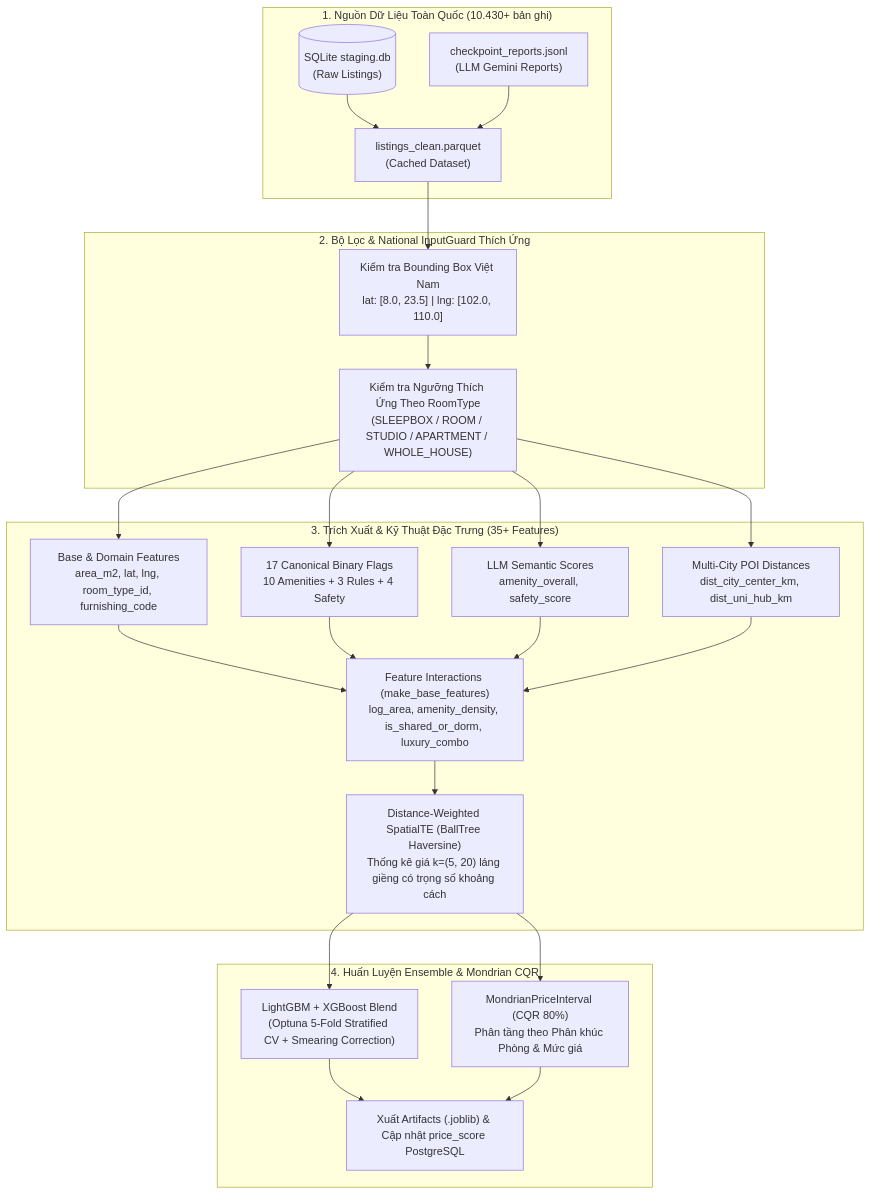
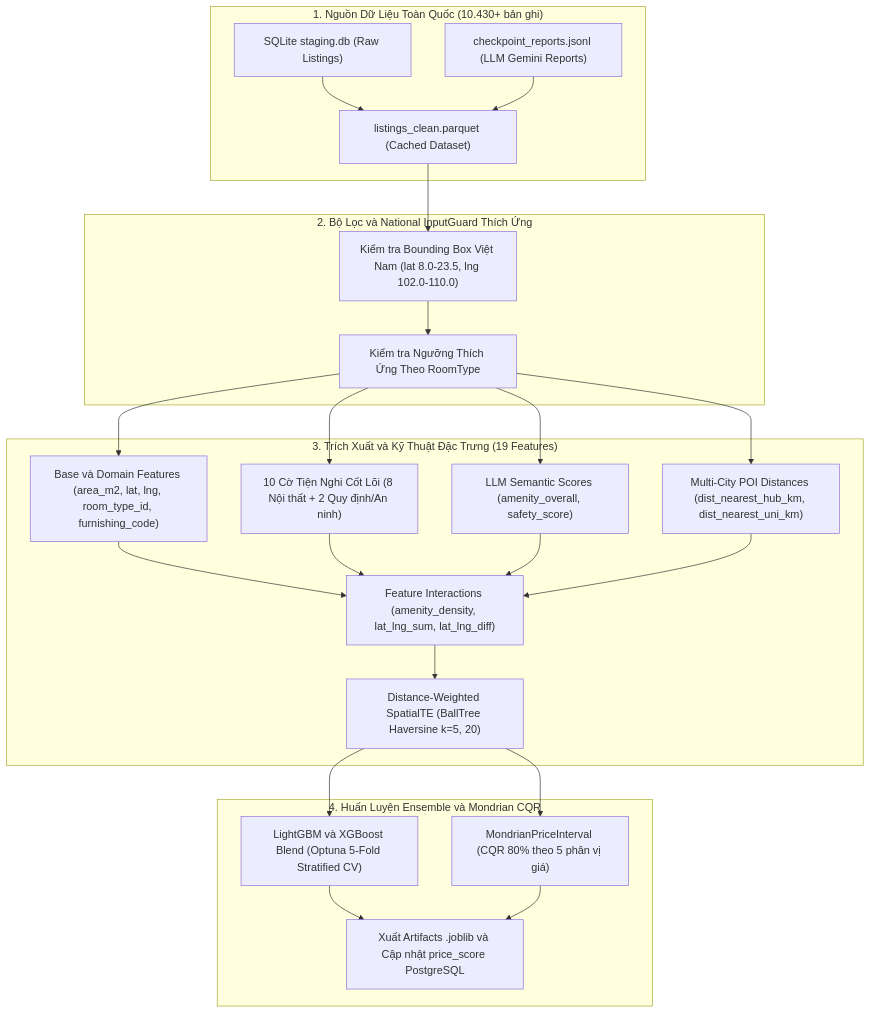
One commit to undead04/intelligent-room-rental changed the diagram in docs/features/ml-price-model-v2.md. Above: the diagram before and after it, drawn with Mermaid. The commit also changed 3 other files, not shown here.

Commit message:
docs: fix Mermaid flowchart syntax across READMEs and feature spec

````diff
--- a/docs/features/ml-price-model-v2.md
+++ b/docs/features/ml-price-model-v2.md
@@ -58,29 +58,34 @@
 ```mermaid
 flowchart TD
     subgraph DataSources["1. Nguồn Dữ Liệu Toàn Quốc (10.430+ bản ghi)"]
-        A1[("SQLite staging.db<br/>(Raw Listings)")]
-        A2["checkpoint_reports.jsonl<br/>(LLM Gemini Reports)"]
-        A3["listings_clean.parquet<br/>(Cached Dataset)"]
-        A1 & A2 --> A3
+        A1["SQLite staging.db (Raw Listings)"]
+        A2["checkpoint_reports.jsonl (LLM Gemini Reports)"]
+        A3["listings_clean.parquet (Cached Dataset)"]
+        A1 --> A3
+        A2 --> A3
     end
 
-    subgraph GuardAndFilter["2. Bộ Lọc & National InputGuard Thích Ứng"]
-        A3 --> B1["Kiểm tra Bounding Box Việt Nam<br/>lat: [8.0, 23.5] | lng: [102.0, 110.0]"]
-        B1 --> B2["Kiểm tra Ngưỡng Thích Ứng Theo RoomType<br/>(SLEEPBOX / ROOM / STUDIO / APARTMENT / WHOLE_HOUSE)"]
+    subgraph GuardAndFilter["2. Bộ Lọc và National InputGuard Thích Ứng"]
+        A3 --> B1["Kiểm tra Bounding Box Việt Nam (lat 8.0-23.5, lng 102.0-110.0)"]
+        B1 --> B2["Kiểm tra Ngưỡng Thích Ứng Theo RoomType"]
     end
 
-    subgraph FeatureEngineering["3. Trích Xuất & Kỹ Thuật Đặc Trưng (35+ Features)"]
-        B2 --> C1["Base & Domain Features<br/>area_m2, lat, lng, room_type_id, furnishing_code"]
-        B2 --> C2["17 Canonical Binary Flags<br/>10 Amenities + 3 Rules + 4 Safety"]
-        B2 --> C3["LLM Semantic Scores<br/>amenity_overall, safety_score"]
-        B2 --> C4["Multi-City POI Distances<br/>dist_city_center_km, dist_uni_hub_km"]
-        C1 & C2 & C3 & C4 --> C5["Feature Interactions (make_base_features)<br/>log_area, amenity_density, is_shared_or_dorm, luxury_combo"]
-        C5 --> C6["Distance-Weighted SpatialTE (BallTree Haversine)<br/>Thống kê giá k=(5, 20) láng giềng có trọng số khoảng cách"]
+    subgraph FeatureEngineering["3. Trích Xuất và Kỹ Thuật Đặc Trưng (19 Features)"]
+        B2 --> C1["Base và Domain Features (area_m2, lat, lng, room_type_id, furnishing_code)"]
+        B2 --> C2["10 Cờ Tiện Nghi Cốt Lõi (8 Nội thất + 2 Quy định/An ninh)"]
+        B2 --> C3["LLM Semantic Scores (amenity_overall, safety_score)"]
+        B2 --> C4["Multi-City POI Distances (dist_nearest_hub_km, dist_nearest_uni_km)"]
+        C1 --> C5["Feature Interactions (amenity_density, lat_lng_sum, lat_lng_diff)"]
+        C2 --> C5
+        C3 --> C5
+        C4 --> C5
+        C5 --> C6["Distance-Weighted SpatialTE (BallTree Haversine k=5, 20)"]
     end
 
-    subgraph ModelTraining["4. Huấn Luyện Ensemble & Mondrian CQR"]
-        C6 --> D1["LightGBM + XGBoost Blend<br/>(Optuna 5-Fold Stratified CV + Smearing Correction)"]
-        C6 --> D2["MondrianPriceInterval (CQR 80%)<br/>Phân tầng theo Phân khúc Phòng & Mức giá"]
-        D1 & D2 --> E["Xuất Artifacts (.joblib) & Cập nhật price_score PostgreSQL"]
+    subgraph ModelTraining["4. Huấn Luyện Ensemble và Mondrian CQR"]
+        C6 --> D1["LightGBM và XGBoost Blend (Optuna 5-Fold Stratified CV)"]
+        C6 --> D2["MondrianPriceInterval (CQR 80% theo 5 phân vị giá)"]
+        D1 --> E["Xuất Artifacts .joblib và Cập nhật price_score PostgreSQL"]
+        D2 --> E
     end
 ```
````
